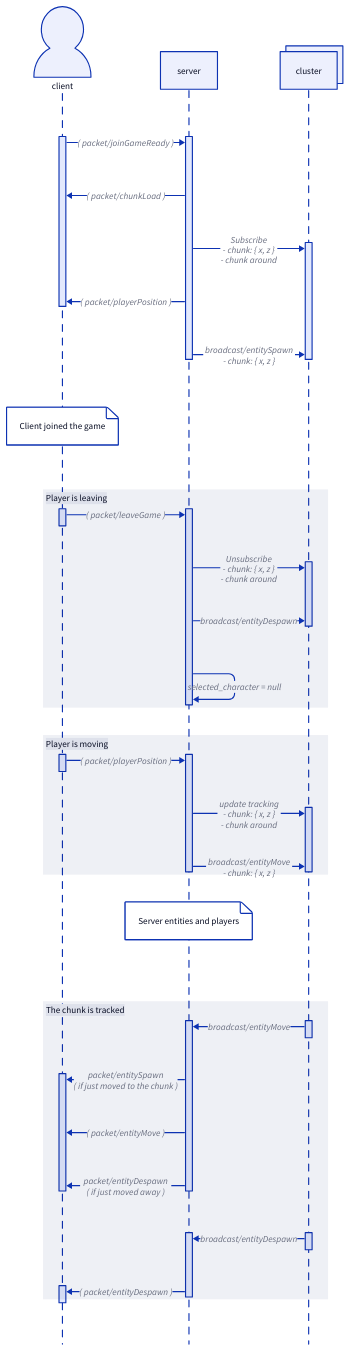
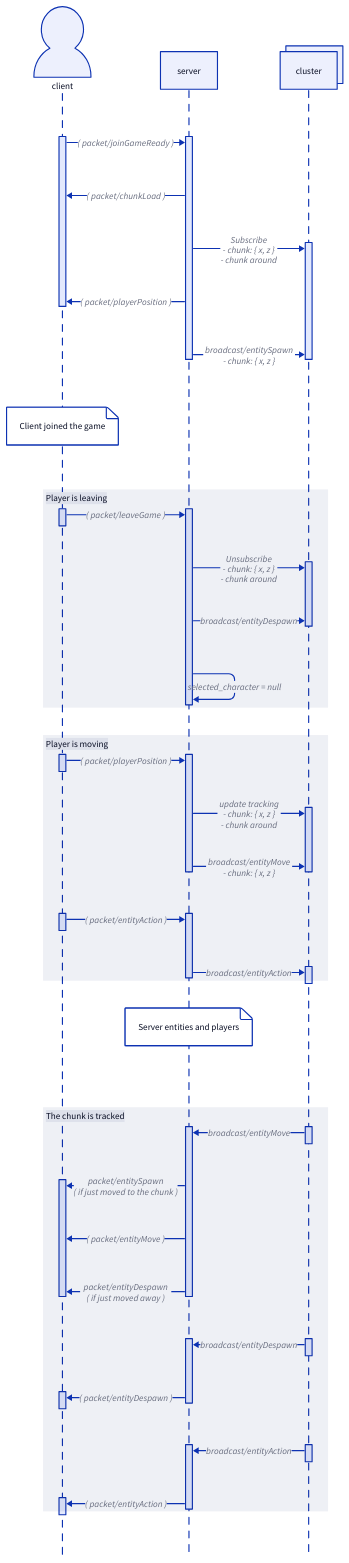
The diagram in game_protocol.d2 (aresrpg/aresrpg-protocol), drawn with D2 before and after one commit. The commit also changed 3 other files, not shown here.

```diff
--- a/game_protocol.d2
+++ b/game_protocol.d2
@@ -1,54 +1,60 @@
 shape: sequence_diagram
 client; server; cluster
 
 client.shape: person
 cluster.style.multiple: true
 
 client.t -> server.t: ( packet/joinGameReady )
 server.t -> client.t: ( packet/chunkLoad )
 server.t -> cluster.t: |md Subscribe
 - chunk: { x, z }
 - chunk around
 |
 server.t -> client.t: ( packet/playerPosition )
 server.t -> cluster.t: |md broadcast/entitySpawn
 - chunk: { x, z }
 |
 
 client."Client joined the game"
 
 Player is leaving: {
   client.t0 -> server.t0: ( packet/leaveGame )
   server.t0 -> cluster.t0: |md Unsubscribe
   - chunk: { x, z }
   - chunk around
   |
   server.t0 -> cluster.t0: |md broadcast/entityDespawn |
   server.t0 -> server.t0: selected_character = null
 }
 
 Player is moving: {
   client.t2 -> server.t2: ( packet/playerPosition )
   server.t2 -> cluster.t2: |md update tracking
   - chunk: { x, z }
   - chunk around
   |
   server.t2 -> cluster.t2: |md broadcast/entityMove
   - chunk: { x, z }
   |
+
+  client.t3 -> server.t3: ( packet/entityAction )
+  server.t3 -> cluster.t3: |md broadcast/entityAction |
 }
 
 server."Server entities and players"
 
 The chunk is tracked: {
   cluster.t4 -> server.t4: |md broadcast/entityMove |
   server.t4 -> client.t4: |md packet/entitySpawn
 ( if just moved to the chunk )
   |
   server.t4 -> client.t4: ( packet/entityMove )
   server.t4 -> client.t4: |md packet/entityDespawn
 ( if just moved away )
   |
   cluster.t5 -> server.t5: |md broadcast/entityDespawn |
   server.t5 -> client.t5: ( packet/entityDespawn )
+
+  cluster.t6 -> server.t6: |md broadcast/entityAction |
+  server.t6 -> client.t6: ( packet/entityAction )
 }
```
